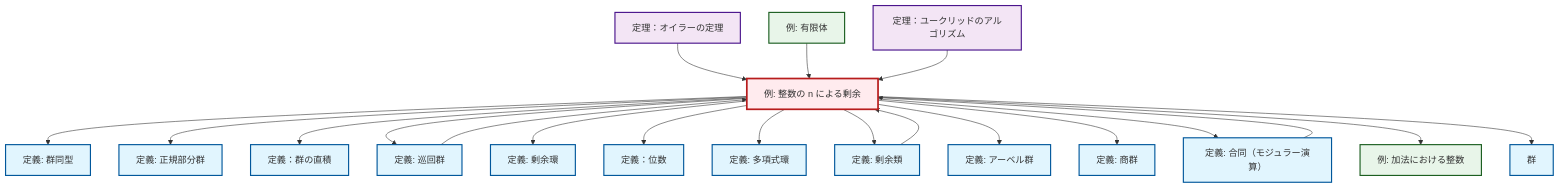
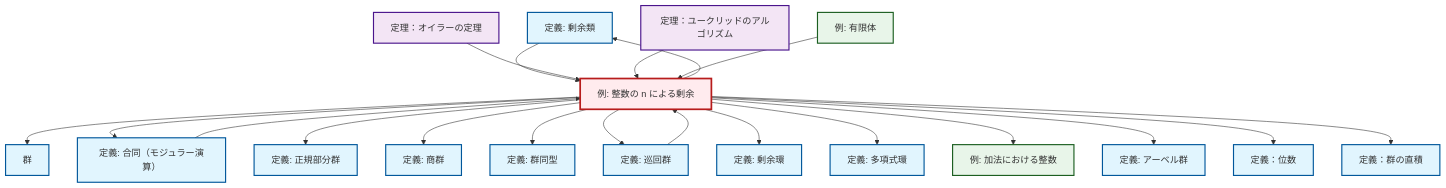
One commit to RK0429/ModernMath changed the diagram in content/ja/algebra/ex-quotient-integers-mod-n.qmd. Above: the diagram before and after it, drawn with Mermaid. The commit also changed other lines of this file and 328 other files, not shown here.

````diff
--- a/content/ja/algebra/ex-quotient-integers-mod-n.qmd
+++ b/content/ja/algebra/ex-quotient-integers-mod-n.qmd
@@ -135,62 +135,62 @@
 ```{mermaid}
 %%| fig-cap: "ローカル依存関係グラフ"
 graph TD
     classDef definition fill:#e1f5fe,stroke:#01579b,stroke-width:2px
     classDef theorem fill:#f3e5f5,stroke:#4a148c,stroke-width:2px
     classDef axiom fill:#fff3e0,stroke:#e65100,stroke-width:2px
     classDef example fill:#e8f5e9,stroke:#1b5e20,stroke-width:2px
     classDef current fill:#ffebee,stroke:#b71c1c,stroke-width:3px
+    def-coset["定義: 剰余類"]:::definition
+    def-normal-subgroup["定義: 正規部分群"]:::definition
+    thm-euler["定理：オイラーの定理"]:::theorem
+    def-order["定義：位数"]:::definition
+    def-cyclic-group["定義: 巡回群"]:::definition
+    ex-quotient-integers-mod-n["例: 整数の n による剰余"]:::example
+    def-abelian-group["定義: アーベル群"]:::definition
+    def-isomorphism["定義: 群同型"]:::definition
+    def-direct-product["定義：群の直積"]:::definition
     thm-euclidean-algorithm["定理：ユークリッドのアルゴリズム"]:::theorem
-    def-normal-subgroup["定義: 正規部分群"]:::definition
-    def-cyclic-group["定義: 巡回群"]:::definition
-    def-order["定義：位数"]:::definition
-    def-direct-product["定義：群の直積"]:::definition
+    def-congruence["定義: 合同（モジュラー演算）"]:::definition
+    def-group["群"]:::definition
+    def-quotient-ring["定義: 剰余環"]:::definition
+    ex-finite-field["例: 有限体"]:::example
     def-quotient-group["定義: 商群"]:::definition
     ex-integers-addition["例: 加法における整数"]:::example
-    thm-euler["定理：オイラーの定理"]:::theorem
-    def-isomorphism["定義: 群同型"]:::definition
-    ex-quotient-integers-mod-n["例: 整数の n による剰余"]:::example
-    def-congruence["定義: 合同（モジュラー演算）"]:::definition
     def-polynomial-ring["定義: 多項式環"]:::definition
-    def-group["群"]:::definition
-    def-coset["定義: 剰余類"]:::definition
-    def-quotient-ring["定義: 剰余環"]:::definition
-    ex-finite-field["例: 有限体"]:::example
-    def-abelian-group["定義: アーベル群"]:::definition
+    ex-quotient-integers-mod-n --> def-group
+    ex-quotient-integers-mod-n --> def-congruence
+    def-coset --> ex-quotient-integers-mod-n
+    ex-quotient-integers-mod-n --> def-normal-subgroup
+    ex-quotient-integers-mod-n --> def-quotient-group
     ex-quotient-integers-mod-n --> def-isomorphism
-    ex-quotient-integers-mod-n --> def-normal-subgroup
-    ex-quotient-integers-mod-n --> def-direct-product
+    thm-euler --> ex-quotient-integers-mod-n
     ex-quotient-integers-mod-n --> def-cyclic-group
-    thm-euler --> ex-quotient-integers-mod-n
     ex-quotient-integers-mod-n --> def-quotient-ring
-    ex-quotient-integers-mod-n --> def-order
     ex-quotient-integers-mod-n --> def-polynomial-ring
-    def-cyclic-group --> ex-quotient-integers-mod-n
+    thm-euclidean-algorithm --> ex-quotient-integers-mod-n
+    ex-quotient-integers-mod-n --> ex-integers-addition
+    def-congruence --> ex-quotient-integers-mod-n
     ex-quotient-integers-mod-n --> def-coset
     ex-quotient-integers-mod-n --> def-abelian-group
+    ex-quotient-integers-mod-n --> def-order
+    def-cyclic-group --> ex-quotient-integers-mod-n
     ex-finite-field --> ex-quotient-integers-mod-n
-    ex-quotient-integers-mod-n --> def-quotient-group
-    ex-quotient-integers-mod-n --> def-congruence
-    thm-euclidean-algorithm --> ex-quotient-integers-mod-n
-    ex-quotient-integers-mod-n --> ex-integers-addition
-    def-coset --> ex-quotient-integers-mod-n
-    def-congruence --> ex-quotient-integers-mod-n
-    ex-quotient-integers-mod-n --> def-group
+    ex-quotient-integers-mod-n --> def-direct-product
     class ex-quotient-integers-mod-n current
+    click def-coset "def-coset.html" "剰余類の定義へ"
+    click def-normal-subgroup "def-normal-subgroup.html" "正規部分群の定義へ"
+    click thm-euler "thm-euler.html" "定理：オイラーの定理へ"
+    click def-order "def-order.html" "定義：位数へ"
+    click def-cyclic-group "def-cyclic-group.html" "巡回群の定義へ"
+    click def-abelian-group "def-abelian-group.html" "アーベル群の定義へ"
+    click def-isomorphism "def-isomorphism.html" "群同型の定義へ"
+    click def-direct-product "def-direct-product.html" "定義：群の直積へ"
     click thm-euclidean-algorithm "thm-euclidean-algorithm.html" "定理：ユークリッドのアルゴリズムへ"
-    click def-normal-subgroup "def-normal-subgroup.html" "正規部分群の定義へ"
-    click def-cyclic-group "def-cyclic-group.html" "巡回群の定義へ"
-    click def-order "def-order.html" "定義：位数へ"
-    click def-direct-product "def-direct-product.html" "定義：群の直積へ"
+    click def-congruence "def-congruence.html" "合同（モジュラー演算）の定義へ"
+    click def-group "def-group.html" "群へ"
+    click def-quotient-ring "def-quotient-ring.html" "剰余環の定義へ"
+    click ex-finite-field "ex-finite-field.html" "有限体の例へ"
     click def-quotient-group "def-quotient-group.html" "商群の定義へ"
     click ex-integers-addition "ex-integers-addition.html" "加法における整数の例へ"
-    click thm-euler "thm-euler.html" "定理：オイラーの定理へ"
-    click def-isomorphism "def-isomorphism.html" "群同型の定義へ"
-    click def-congruence "def-congruence.html" "合同（モジュラー演算）の定義へ"
     click def-polynomial-ring "def-polynomial-ring.html" "多項式環の定義へ"
-    click def-group "def-group.html" "群へ"
-    click def-coset "def-coset.html" "剰余類の定義へ"
-    click def-quotient-ring "def-quotient-ring.html" "剰余環の定義へ"
-    click ex-finite-field "ex-finite-field.html" "有限体の例へ"
-    click def-abelian-group "def-abelian-group.html" "アーベル群の定義へ"
 ```
````
